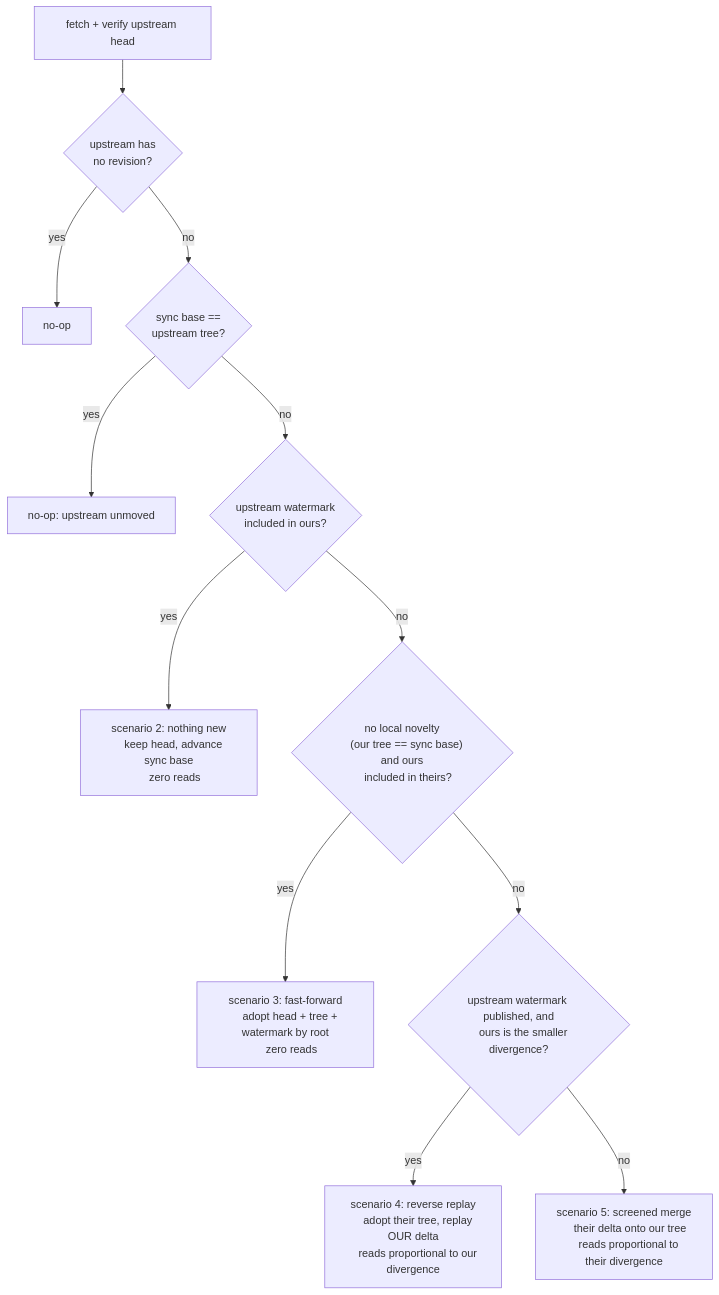
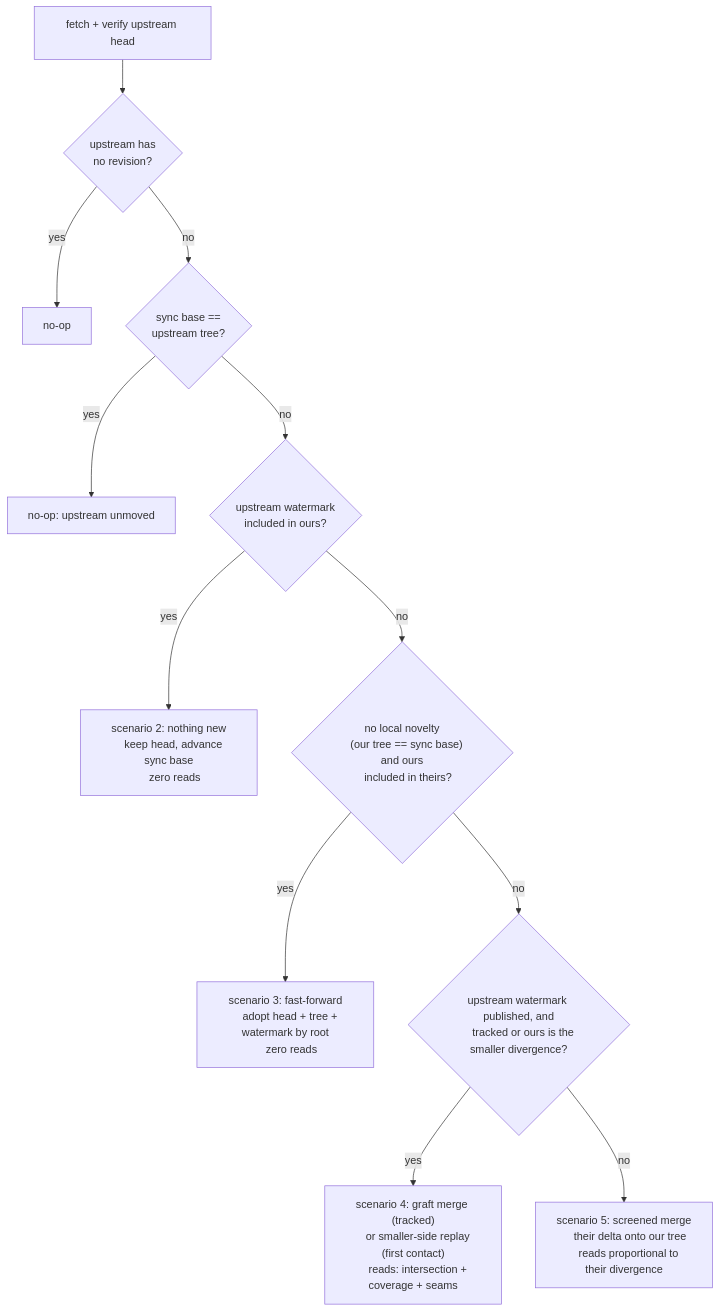
One commit to dialog-db/dialog-db changed the third of 8 diagrams in notes/version-control.md. Above: the diagram before and after it, drawn with Mermaid. The commit also changed other lines of this file and 4 other files, not shown here.

````diff
--- a/notes/version-control.md
+++ b/notes/version-control.md
@@ -147,28 +147,28 @@
 ```mermaid
 flowchart TD
     A["fetch + verify upstream head"] --> B{"upstream has
     no revision?"}
     B -- yes --> N1["no-op"]
     B -- no --> C{"sync base ==
     upstream tree?"}
     C -- yes --> N2["no-op: upstream unmoved"]
     C -- no --> D{"upstream watermark
     included in ours?"}
     D -- yes --> S2["scenario 2: nothing new
     keep head, advance sync base
     zero reads"]
     D -- no --> E{"no local novelty
     (our tree == sync base) and ours
     included in theirs?"}
     E -- yes --> S3["scenario 3: fast-forward
     adopt head + tree + watermark by root
     zero reads"]
     E -- no --> F{"upstream watermark published, and
-    ours is the smaller divergence?"}
-    F -- yes --> S4["scenario 4: reverse replay
-    adopt their tree, replay OUR delta
-    reads proportional to our divergence"]
+    tracked or ours is the smaller divergence?"}
+    F -- yes --> S4["scenario 4: graft merge (tracked)
+    or smaller-side replay (first contact)
+    reads: intersection + coverage + seams"]
     F -- no --> S5["scenario 5: screened merge
     their delta onto our tree
     reads proportional to their divergence"]
 ```
````
